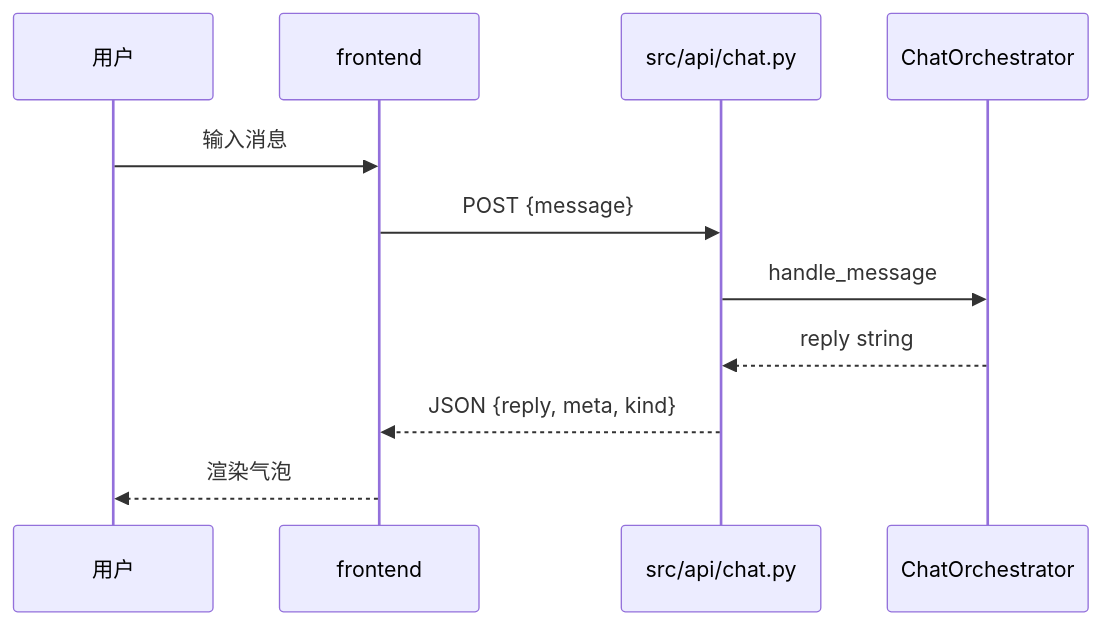
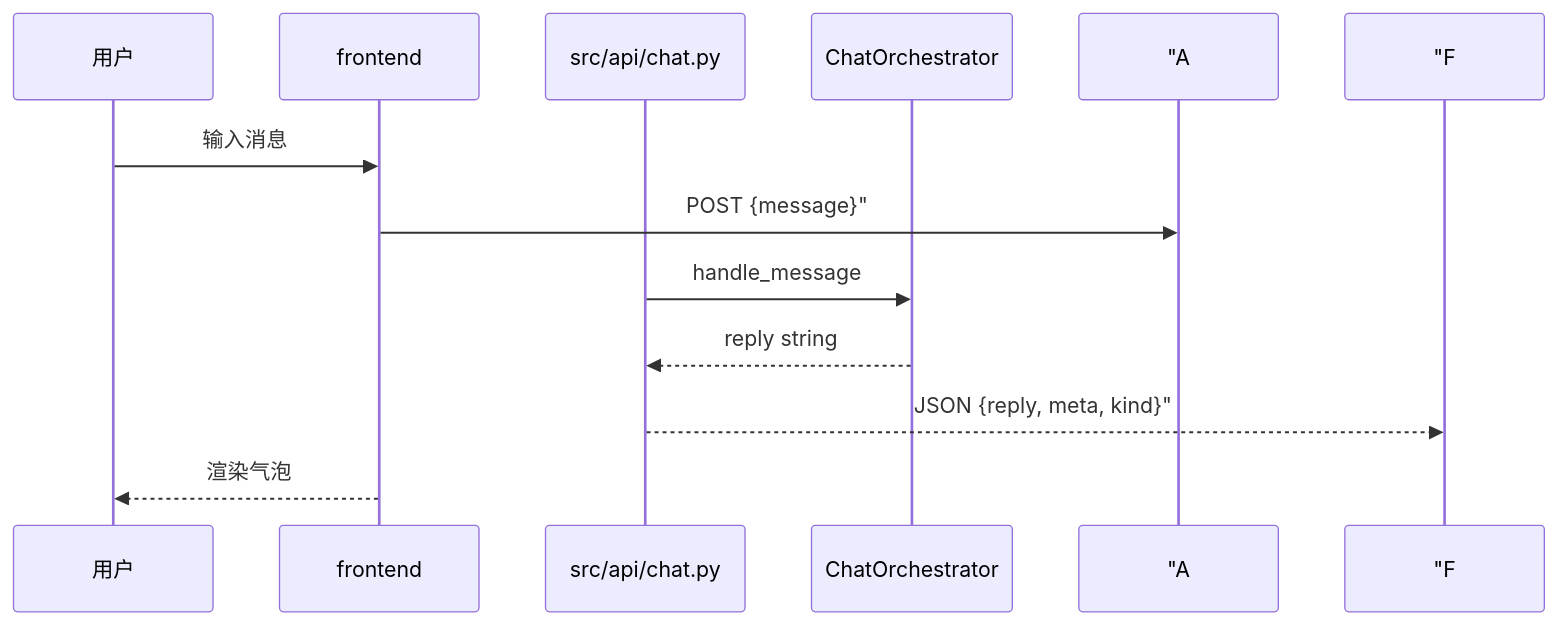
The second of 2 diagrams in course/day22/27_Day23_FastAPI预习.md (ab6539763/70_days_course_plus), drawn with Mermaid before and after one commit. The commit also changed other lines of this file and 134 other files, not shown here.

````diff
--- a/course/day22/27_Day23_FastAPI预习.md
+++ b/course/day22/27_Day23_FastAPI预习.md
@@ -150,14 +150,14 @@
 ```mermaid
 sequenceDiagram
     participant U as 用户
     participant F as frontend
     participant A as src/api/chat.py
     participant O as ChatOrchestrator
 
     U->>F: 输入消息
-    F->>A: POST {message}
+    F->> "A: POST {message}"
     A->>O: handle_message
     O-->>A: reply string
-    A-->>F: JSON {reply, meta, kind}
+    A-->> "F: JSON {reply, meta, kind}"
     F-->>U: 渲染气泡
 ```
````
